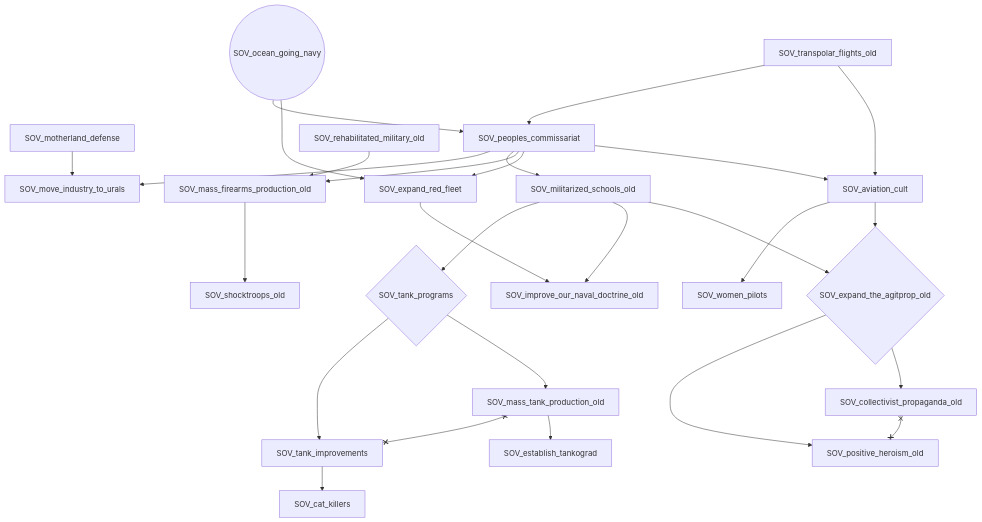
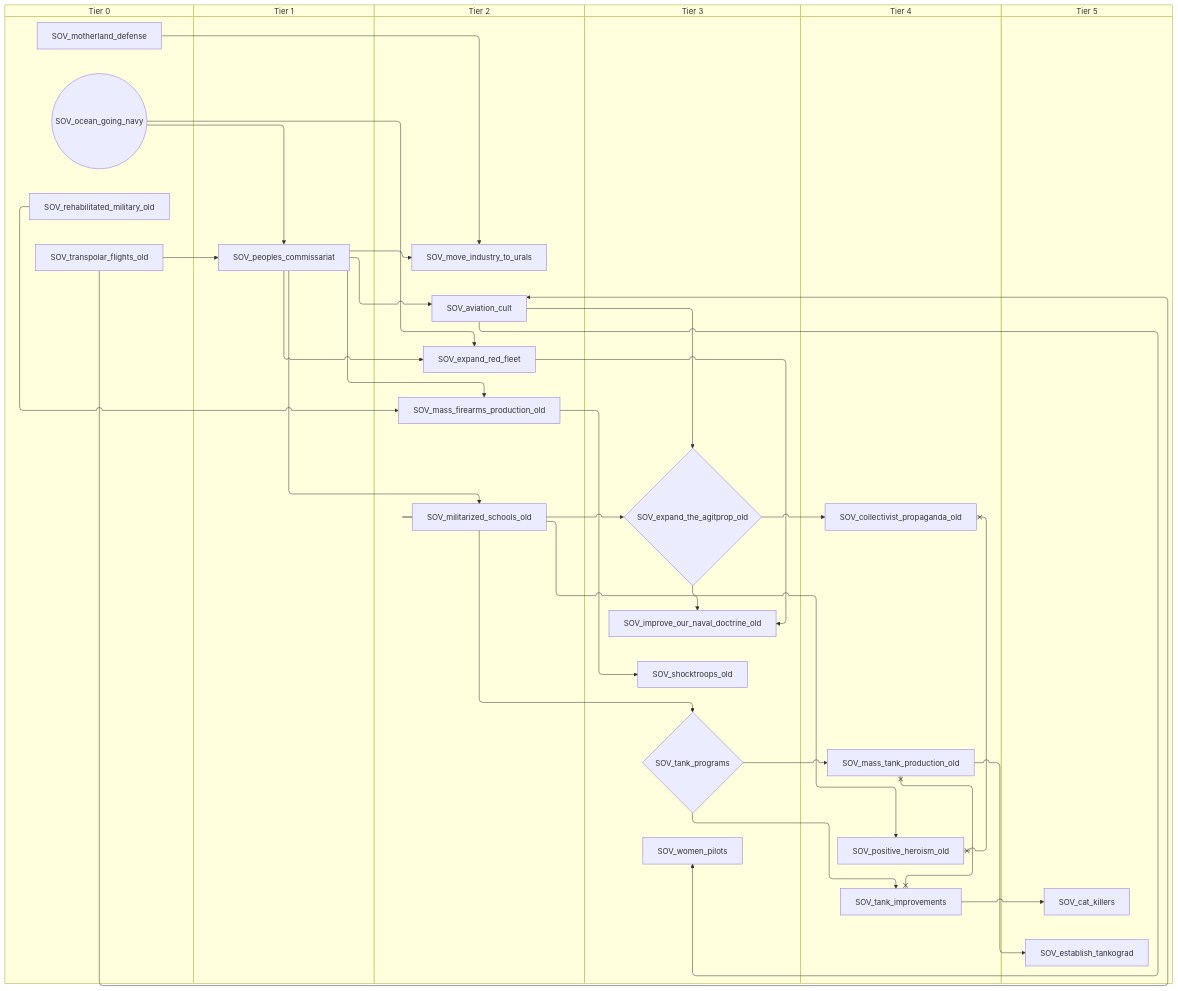
The seventh of 10 diagrams in docs/gdd/National Focuses/soviet_old.md (evgeny-sobol/hoi4-sandbox-mode-r56), drawn with Mermaid before and after one commit. The commit also changed other lines of this file and 423 other files, not shown here.

First line of the commit message:
Re-export Rt56 focus trees as swimlane diagrams

````diff
--- a/docs/gdd/National Focuses/soviet_old.md
+++ b/docs/gdd/National Focuses/soviet_old.md
@@ -580,50 +672,62 @@
 ```mermaid
-flowchart TD
-    n158["SOV_aviation_cult"]
-    n159["SOV_cat_killers"]
-    n160["SOV_collectivist_propaganda_old"]
-    n161["SOV_establish_tankograd"]
-    n162["SOV_expand_red_fleet"]
-    n163{"SOV_expand_the_agitprop_old"}
-    n164["SOV_improve_our_naval_doctrine_old"]
-    n165["SOV_mass_firearms_production_old"]
-    n166["SOV_mass_tank_production_old"]
-    n167["SOV_militarized_schools_old"]
-    n153["SOV_motherland_defense"]
-    n155["SOV_move_industry_to_urals"]
-    n168(("SOV_ocean_going_navy"))
-    n156["SOV_peoples_commissariat"]
-    n169["SOV_positive_heroism_old"]
-    n170["SOV_rehabilitated_military_old"]
-    n171["SOV_shocktroops_old"]
-    n172["SOV_tank_improvements"]
-    n173{"SOV_tank_programs"}
-    n174["SOV_transpolar_flights_old"]
-    n175["SOV_women_pilots"]
-    n156 --> n158
-    n174 --> n158
-    n172 --> n159
-    n163 --> n160
-    n166 --> n161
-    n156 --> n162
-    n168 --> n162
-    n167 --> n163
-    n158 --> n163
-    n162 --> n164
-    n167 --> n164
-    n170 --> n165
-    n156 --> n165
-    n173 --> n166
-    n156 --> n167
-    n153 --> n155
-    n156 --> n155
-    n174 --> n156
-    n168 --> n156
-    n163 --> n169
-    n165 --> n171
-    n173 --> n172
-    n167 --> n173
-    n158 --> n175
-    n160 x--x n169
-    n166 x--x n172
+swimlane-beta TD
+    subgraph tier_0["Tier 0"]
+        n149["SOV_motherland_defense"]
+        n158(("SOV_ocean_going_navy"))
+        n159["SOV_rehabilitated_military_old"]
+        n160["SOV_transpolar_flights_old"]
+    end
+    subgraph tier_1["Tier 1"]
+        n150["SOV_peoples_commissariat"]
+    end
+    subgraph tier_2["Tier 2"]
+        n161["SOV_aviation_cult"]
+        n162["SOV_expand_red_fleet"]
+        n163["SOV_mass_firearms_production_old"]
+        n164["SOV_militarized_schools_old"]
+        n152["SOV_move_industry_to_urals"]
+    end
+    subgraph tier_3["Tier 3"]
+        n165{"SOV_expand_the_agitprop_old"}
+        n166["SOV_improve_our_naval_doctrine_old"]
+        n167["SOV_shocktroops_old"]
+        n168{"SOV_tank_programs"}
+        n169["SOV_women_pilots"]
+    end
+    subgraph tier_4["Tier 4"]
+        n170["SOV_collectivist_propaganda_old"]
+        n171["SOV_mass_tank_production_old"]
+        n172["SOV_positive_heroism_old"]
+        n173["SOV_tank_improvements"]
+    end
+    subgraph tier_5["Tier 5"]
+        n174["SOV_cat_killers"]
+        n175["SOV_establish_tankograd"]
+    end
+    n150 --> n161
+    n160 --> n161
+    n173 --> n174
+    n165 --> n170
+    n171 --> n175
+    n150 --> n162
+    n158 --> n162
+    n164 --> n165
+    n161 --> n165
+    n162 --> n166
+    n164 --> n166
+    n159 --> n163
+    n150 --> n163
+    n168 --> n171
+    n150 --> n164
+    n149 --> n152
+    n150 --> n152
+    n160 --> n150
+    n158 --> n150
+    n165 --> n172
+    n163 --> n167
+    n168 --> n173
+    n164 --> n168
+    n161 --> n169
+    n170 x--x n172
+    n171 x--x n173
 ```
````
